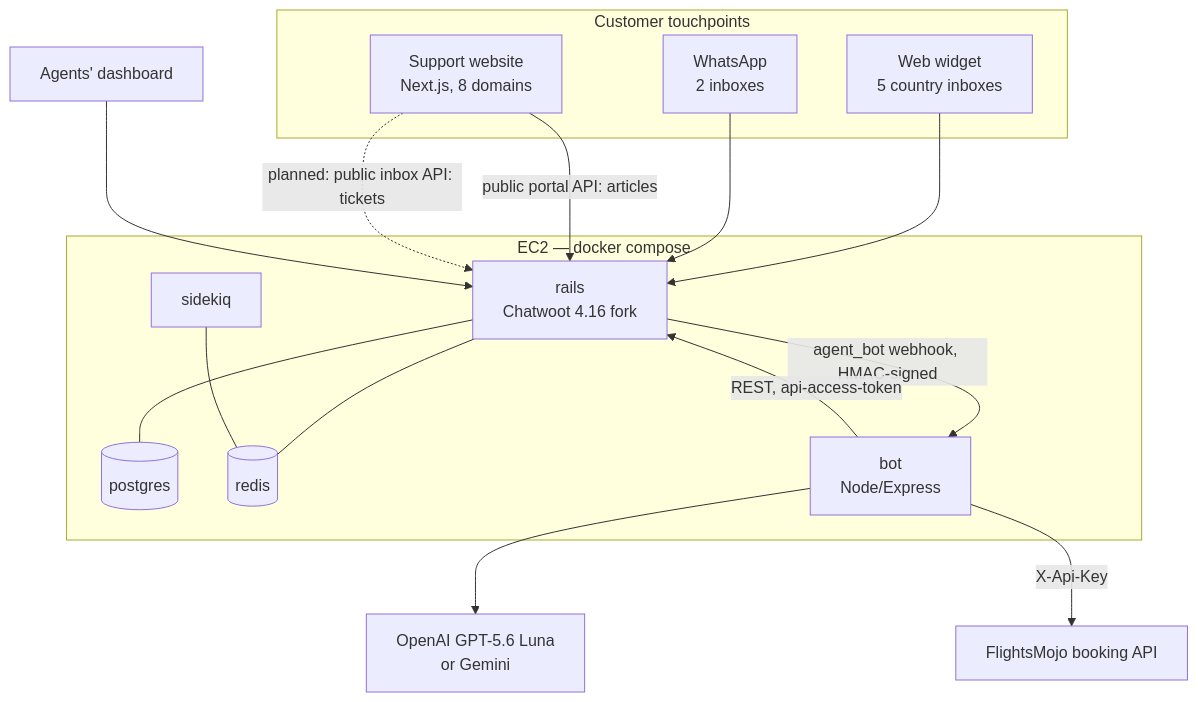
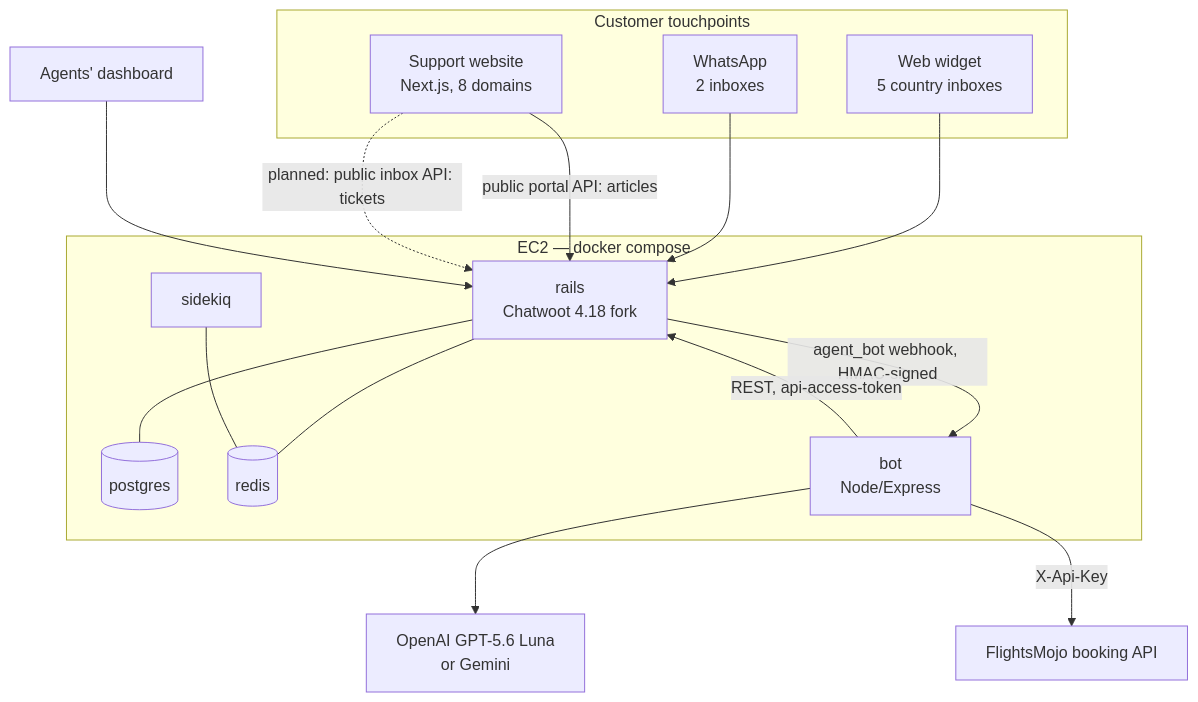
One commit to mishraadityan09/flightsmojo-chatwoot changed the first of 2 diagrams in docs/system-map.md. Above: the diagram before and after it, drawn with Mermaid. The commit also changed other lines of this file, not shown here.

````diff
--- a/docs/system-map.md
+++ b/docs/system-map.md
@@ -28,31 +28,31 @@
 ```mermaid
 graph TB
     subgraph Customer["Customer touchpoints"]
         W[Web widget<br/>5 country inboxes]
         WA[WhatsApp<br/>2 inboxes]
         HS[Support website<br/>Next.js, 8 domains]
     end
     subgraph Server["EC2 — docker compose"]
-        R[rails<br/>Chatwoot 4.16 fork]
+        R[rails<br/>Chatwoot 4.18 fork]
         SK[sidekiq]
         PG[(postgres)]
         RD[(redis)]
         B[bot<br/>Node/Express]
     end
     A[Agents' dashboard]
     LLM[OpenAI GPT-5.6 Luna<br/>or Gemini]
     CRM[FlightsMojo booking API]
 
     W --> R
     WA --> R
     HS -->|public portal API: articles| R
     HS -.->|planned: public inbox API: tickets| R
     R -->|agent_bot webhook, HMAC-signed| B
     B -->|REST, api-access-token| R
     B --> LLM
     B -->|X-Api-Key| CRM
     R --- PG
     R --- RD
     SK --- RD
     A --> R
 ```
````
